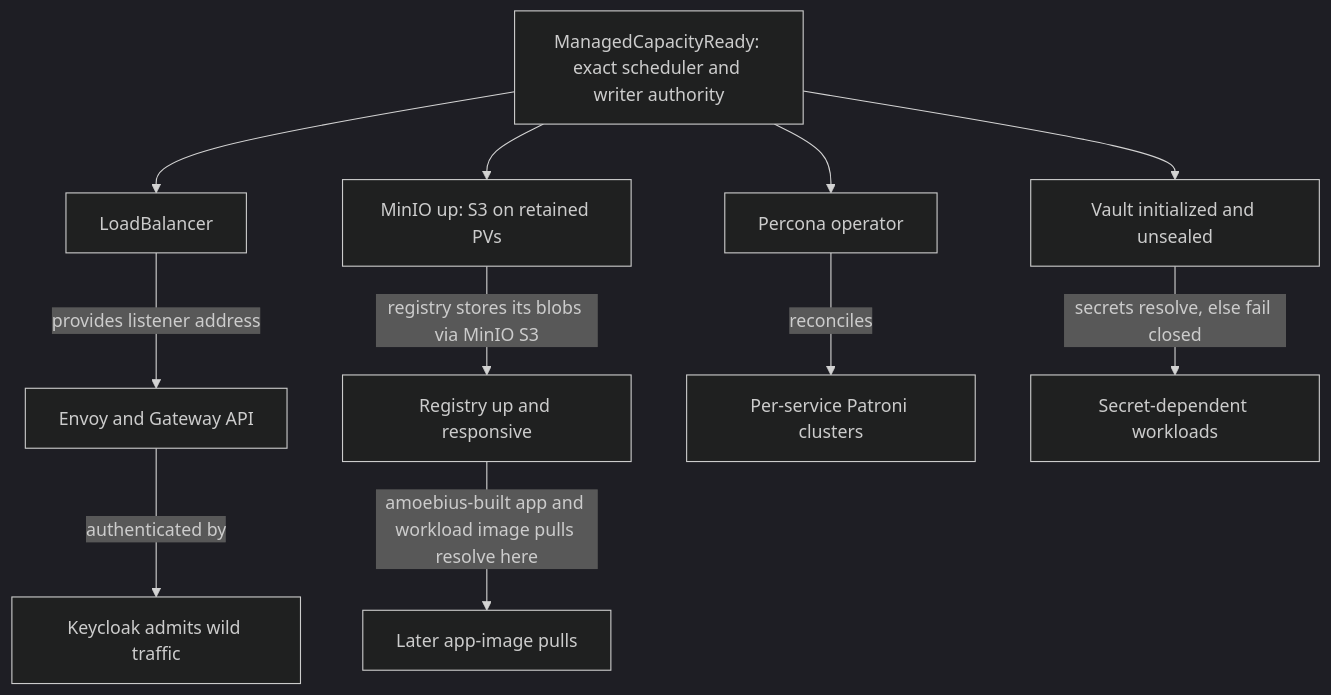
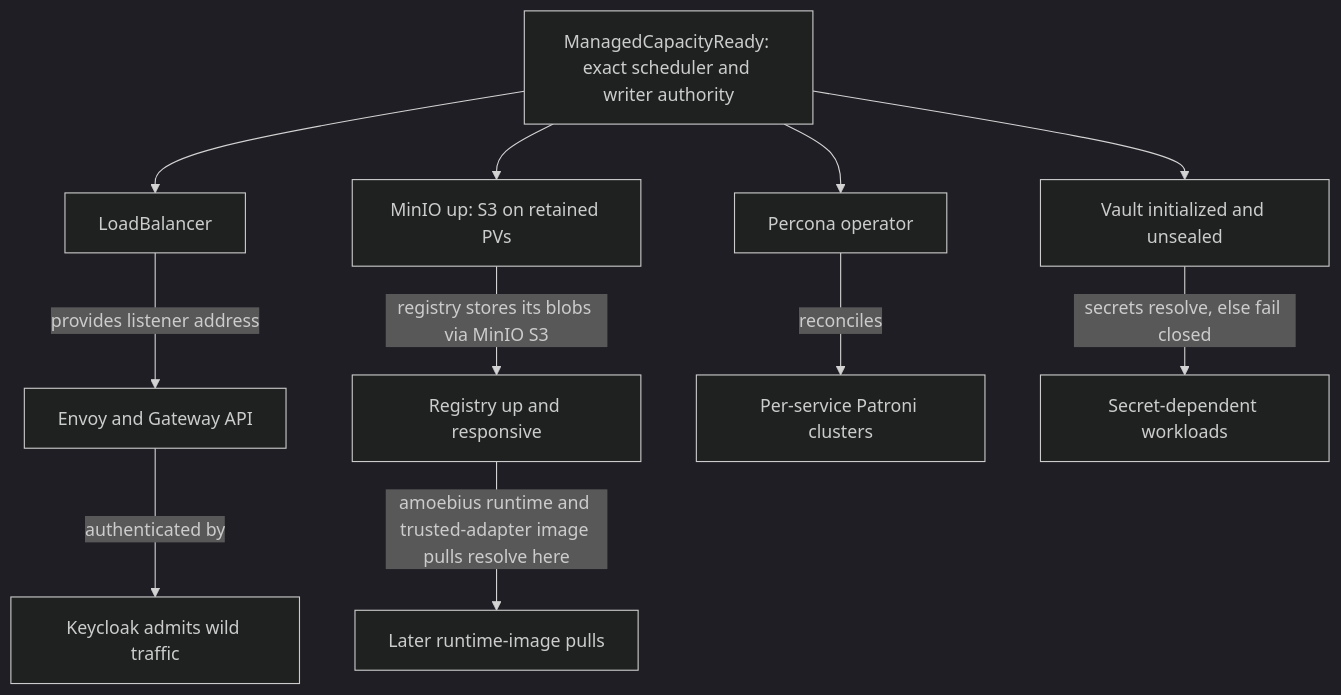
The second of 2 diagrams in documents/engineering/platform_services_doctrine.md (Tuee22/amoebius), drawn with Mermaid (dark theme) before and after one commit. The commit also changed other lines of this file and 144 other files, not shown here.

````diff
--- a/documents/engineering/platform_services_doctrine.md
+++ b/documents/engineering/platform_services_doctrine.md
@@ -459,13 +489,13 @@
 ```mermaid
 flowchart TD
   scheduler[ManagedCapacityReady: exact scheduler and writer authority] --> lb[LoadBalancer]
   scheduler --> minio[MinIO up: S3 on retained PVs]
   scheduler --> operator[Percona operator]
   scheduler --> vault[Vault initialized and unsealed]
   lb -->|provides listener address| edge[Envoy and Gateway API]
   minio -->|registry stores its blobs via MinIO S3| reg[Registry up and responsive]
-  reg -->|amoebius-built app and workload image pulls resolve here| apppulls[Later app-image pulls]
+  reg -->|amoebius runtime and trusted-adapter image pulls resolve here| apppulls[Later runtime-image pulls]
   operator -->|reconciles| pg[Per-service Patroni clusters]
   vault -->|secrets resolve, else fail closed| secretdeps[Secret-dependent workloads]
   edge -->|authenticated by| keycloak[Keycloak admits wild traffic]
 ```
````
